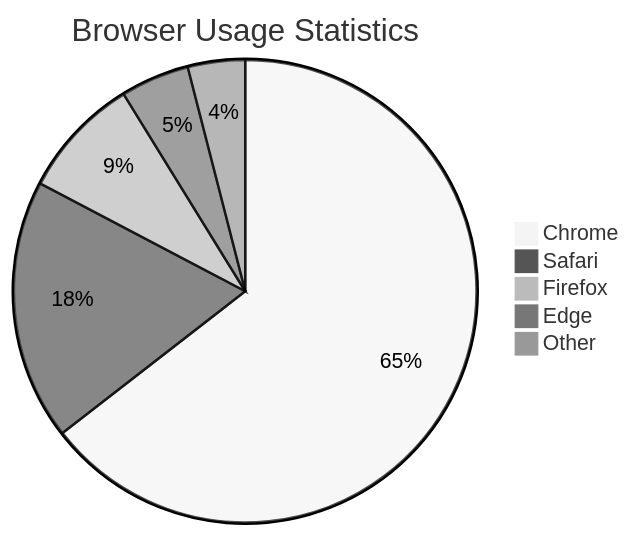
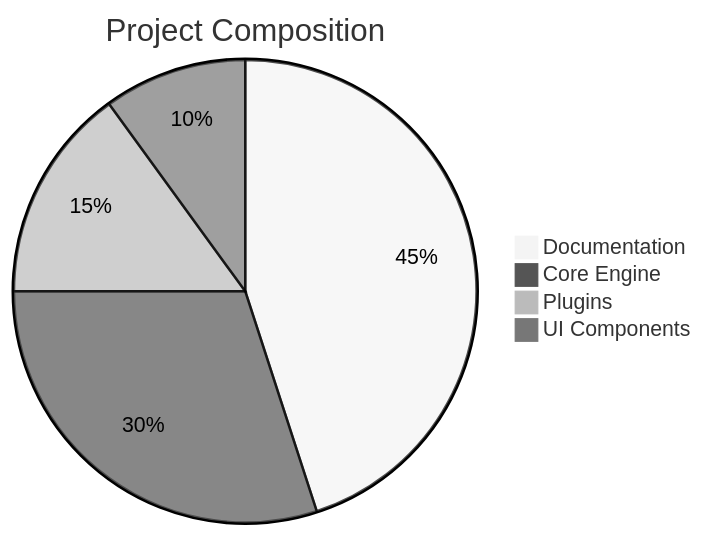
One commit to docmd-io/docs changed the second of 3 diagrams in docs/plugins/mermaid.md. Above: the diagram before and after it, drawn with Mermaid (neutral theme). The commit also changed other lines of this file and 55 other files, not shown here.

````diff
--- a/docs/plugins/mermaid.md
+++ b/docs/plugins/mermaid.md
@@ -93,8 +74,7 @@
 ```mermaid
-pie title Browser Usage Statistics
-    "Chrome" : 64.5
-    "Safari" : 18.2
-    "Firefox" : 8.5
-    "Edge" : 4.8
-    "Other" : 4.0
+pie title Project Composition
+    "Documentation" : 45
+    "Core Engine" : 30
+    "Plugins" : 15
+    "UI Components" : 10
 ```
````
